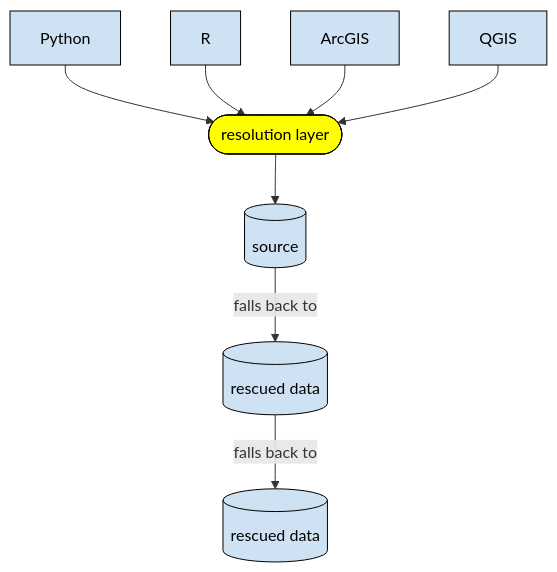
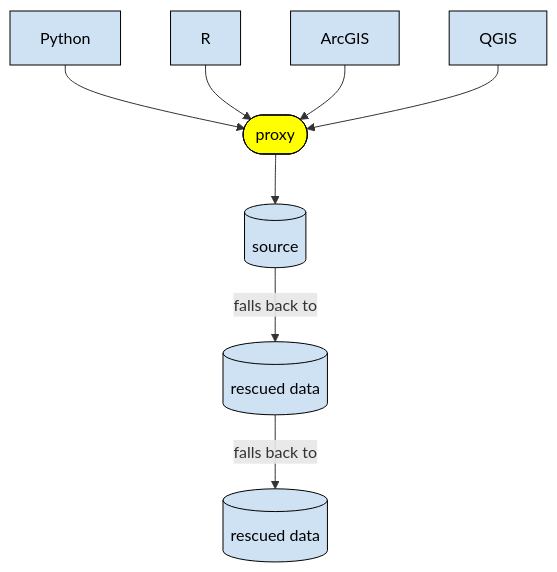
The diagram in README.md (investinopen/ptps-wildfire-demo), drawn with Mermaid before and after one commit. The commit also changed other lines of this file and 1 other file, not shown here.

````diff
--- a/README.md
+++ b/README.md
@@ -50,30 +56,30 @@
 ```mermaid
 flowchart TD
     python["Python"]
     r["R"]
     arcgis["ArcGIS"]
     qgis["QGIS"]
 
-    resolution(["resolution layer"])
+    proxy(["proxy"])
 
     source[("source")]
     rescue1[("rescued data")]
     rescue2[("rescued data")]
 
-    python --> resolution
-    r --> resolution
-    arcgis --> resolution
-    qgis --> resolution
+    python --> proxy
+    r --> proxy
+    arcgis --> proxy
+    qgis --> proxy
 
-    resolution --> source
+    proxy --> source
     source -->|falls back to| rescue1
     rescue1 -->|falls back to| rescue2
 
     classDef sourceTool fill:#cfe2f3,stroke:#000,color:#000
     classDef process fill:#ffff00,stroke:#000,color:#000
     classDef datastore fill:#cfe2f3,stroke:#000,color:#000
 
     class python,r,arcgis,qgis sourceTool
-    class resolution process
+    class proxy process
     class source,rescue1,rescue2 datastore
 ```
````
